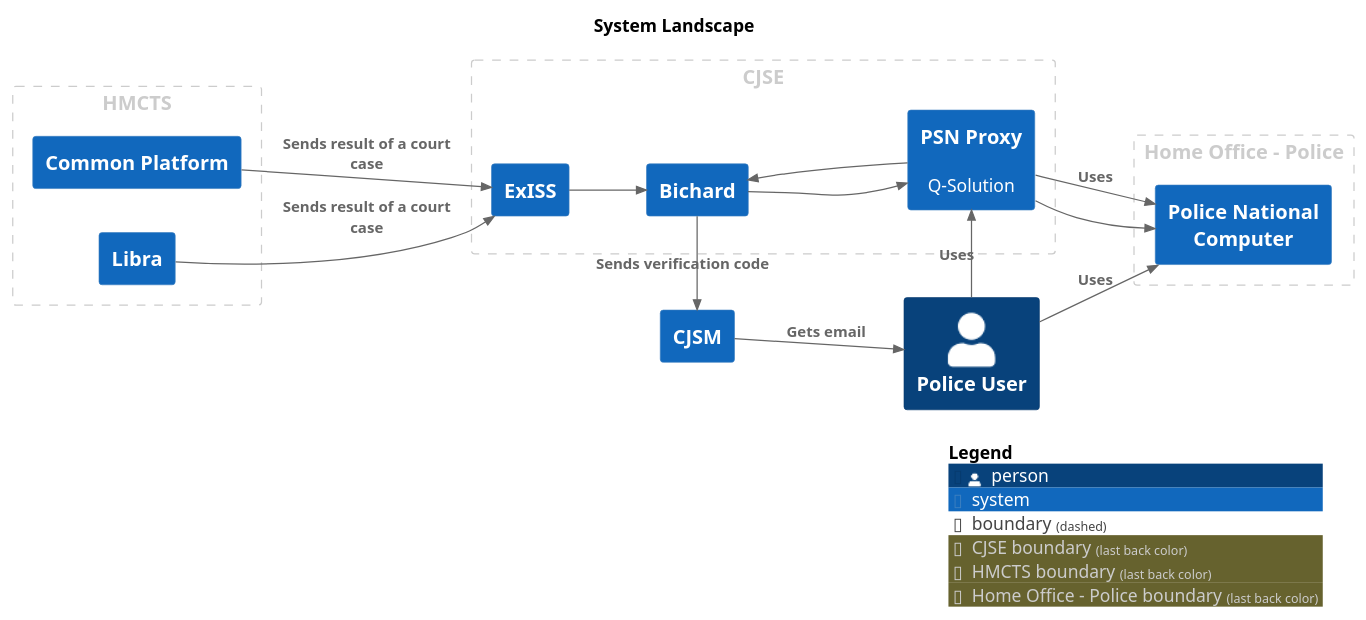
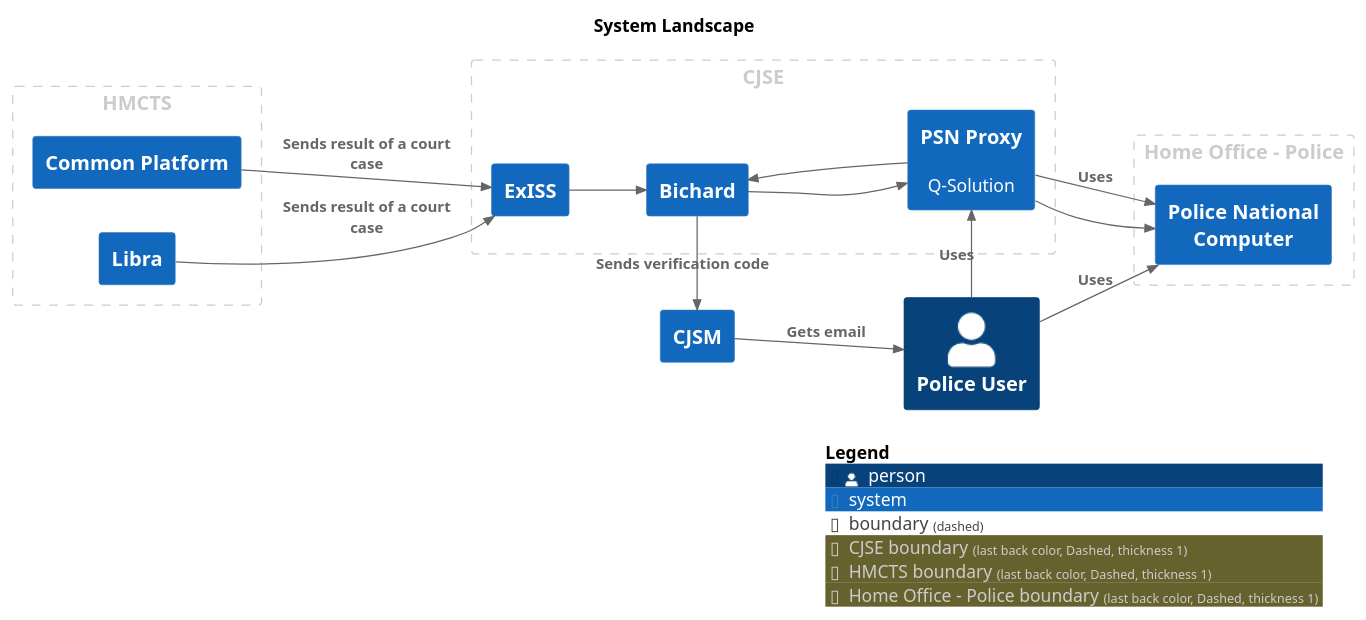
The diagram in main/puml/SystemLandscape.puml (ministryofjustice/bichard7-next-core), drawn with PlantUML before and after one commit. The commit also changed 84 other files, not shown here.

```diff
--- a/main/puml/SystemLandscape.puml
+++ b/main/puml/SystemLandscape.puml
@@ -1,44 +1,44 @@
 @startuml
 set separator none
 title System Landscape
 
 left to right direction
 
 !include <C4/C4>
 !include <C4/C4_Context>
 
-AddBoundaryTag("CJSE", $borderColor="#cccccc", $fontColor="#cccccc")
+AddBoundaryTag("CJSE", $borderColor="#cccccc", $fontColor="#cccccc", $borderStyle="Dashed", $borderThickness="1")
 Boundary(group_1, "CJSE", $tags="CJSE") {
   System(Bichard, "Bichard", $descr="", $tags="", $link="")
   System(PSNProxy, "PSN Proxy", $descr="Q-Solution", $tags="", $link="")
   System(ExISS, "ExISS", $descr="", $tags="", $link="")
 }
 
-AddBoundaryTag("HMCTS", $borderColor="#cccccc", $fontColor="#cccccc")
+AddBoundaryTag("HMCTS", $borderColor="#cccccc", $fontColor="#cccccc", $borderStyle="Dashed", $borderThickness="1")
 Boundary(group_2, "HMCTS", $tags="HMCTS") {
   System(CommonPlatform, "Common Platform", $descr="", $tags="", $link="")
   System(Libra, "Libra", $descr="", $tags="", $link="")
 }
 
-AddBoundaryTag("Home Office - Police", $borderColor="#cccccc", $fontColor="#cccccc")
+AddBoundaryTag("Home Office - Police", $borderColor="#cccccc", $fontColor="#cccccc", $borderStyle="Dashed", $borderThickness="1")
 Boundary(group_3, "Home Office - Police", $tags="Home Office - Police") {
   System(PoliceNationalComputer, "Police National Computer", $descr="", $tags="", $link="")
 }
 
 Person(PoliceUser, "Police User", $descr="", $tags="", $link="")
 System(CJSM, "CJSM", $descr="", $tags="", $link="")
 
-Rel_D(PoliceUser, PSNProxy, "Uses", $techn="", $tags="", $link="")
-Rel_D(PoliceUser, PoliceNationalComputer, "Uses", $techn="", $tags="", $link="")
-Rel_D(CJSM, PoliceUser, "Gets email", $techn="", $tags="", $link="")
-Rel_D(CommonPlatform, ExISS, "Sends result of a court case", $techn="", $tags="", $link="")
-Rel_D(Libra, ExISS, "Sends result of a court case", $techn="", $tags="", $link="")
-Rel_D(PSNProxy, PoliceNationalComputer, "Uses", $techn="", $tags="", $link="")
-Rel_D(Bichard, PSNProxy, "", $techn="", $tags="", $link="")
-Rel_D(PSNProxy, PoliceNationalComputer, "", $techn="", $tags="", $link="")
-Rel_D(PSNProxy, Bichard, "", $techn="", $tags="", $link="")
-Rel_D(Bichard, CJSM, "Sends verification code", $techn="", $tags="", $link="")
-Rel_D(ExISS, Bichard, "", $techn="", $tags="", $link="")
+Rel(PoliceUser, PSNProxy, "Uses", $techn="", $tags="", $link="")
+Rel(PoliceUser, PoliceNationalComputer, "Uses", $techn="", $tags="", $link="")
+Rel(CJSM, PoliceUser, "Gets email", $techn="", $tags="", $link="")
+Rel(CommonPlatform, ExISS, "Sends result of a court case", $techn="", $tags="", $link="")
+Rel(Libra, ExISS, "Sends result of a court case", $techn="", $tags="", $link="")
+Rel(PSNProxy, PoliceNationalComputer, "Uses", $techn="", $tags="", $link="")
+Rel(Bichard, PSNProxy, "", $techn="", $tags="", $link="")
+Rel(PSNProxy, PoliceNationalComputer, "", $techn="", $tags="", $link="")
+Rel(PSNProxy, Bichard, "", $techn="", $tags="", $link="")
+Rel(Bichard, CJSM, "Sends verification code", $techn="", $tags="", $link="")
+Rel(ExISS, Bichard, "", $techn="", $tags="", $link="")
 
 SHOW_LEGEND(true)
 @enduml
```
